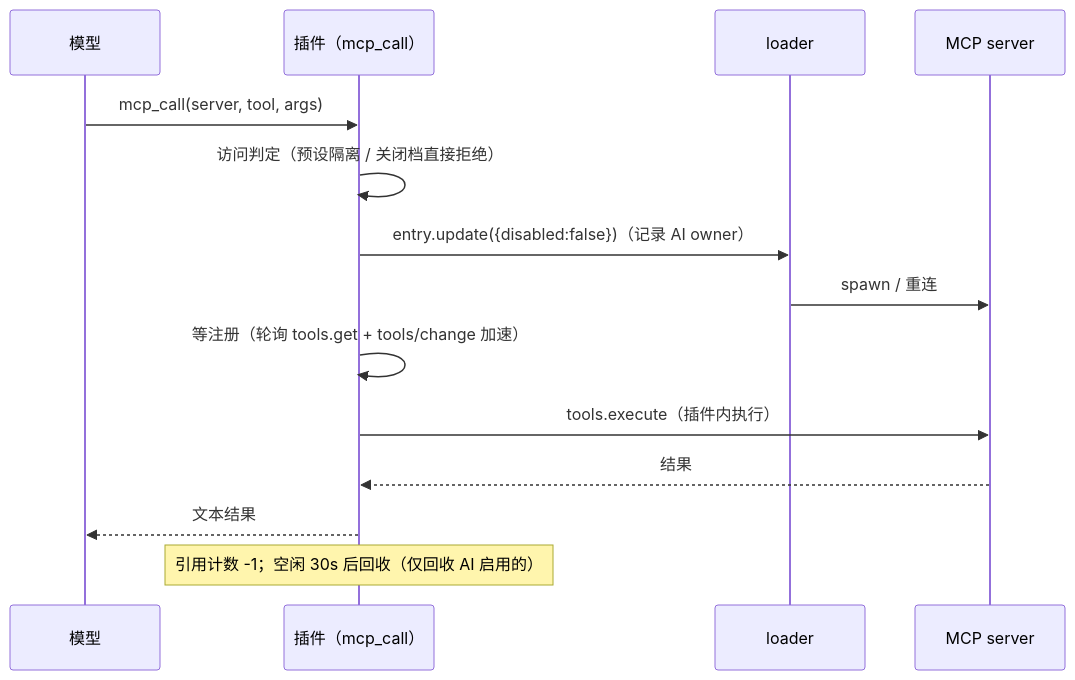
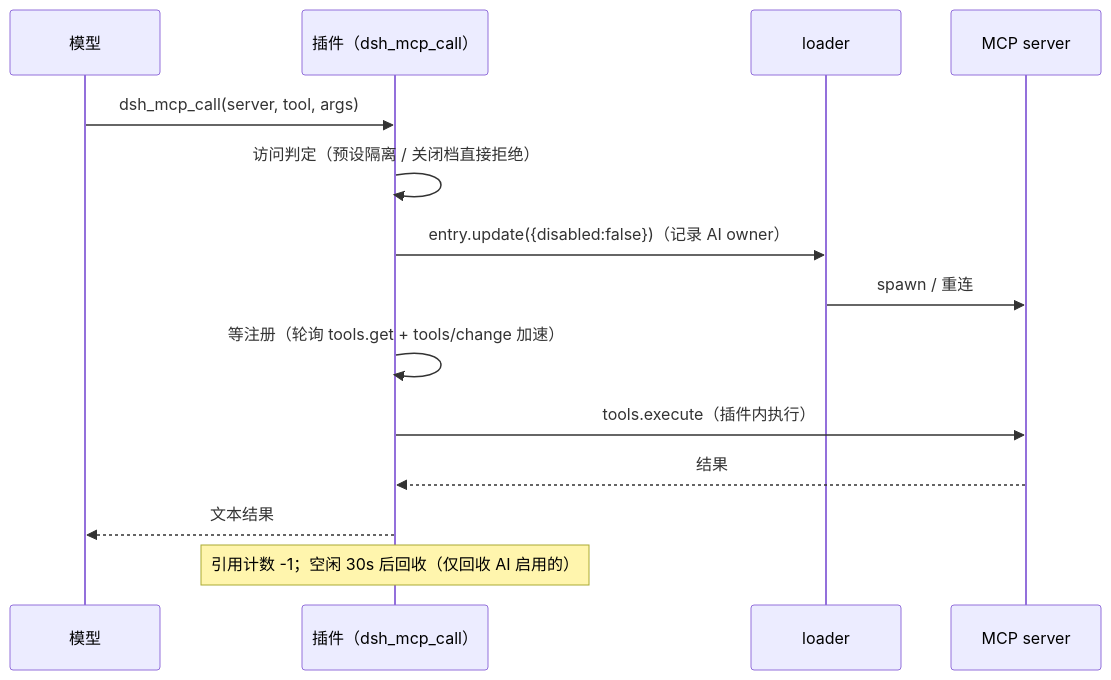
The diagram in README.md (FlyDut/dsh-mcp-router), drawn with Mermaid before and after one commit. The commit also changed other lines of this file and 4 other files, not shown here.

````diff
--- a/README.md
+++ b/README.md
@@ -170,17 +173,17 @@
 ```mermaid
 sequenceDiagram
     participant M as 模型
-    participant P as 插件（mcp_call）
+    participant P as 插件（dsh_mcp_call）
     participant L as loader
     participant S as MCP server
 
-    M->>P: mcp_call(server, tool, args)
+    M->>P: dsh_mcp_call(server, tool, args)
     P->>P: 访问判定（预设隔离 / 关闭档直接拒绝）
     P->>L: entry.update({disabled:false})（记录 AI owner）
     L->>S: spawn / 重连
     P->>P: 等注册（轮询 tools.get + tools/change 加速）
     P->>S: tools.execute（插件内执行）
     S-->>P: 结果
     P-->>M: 文本结果
     Note over P: 引用计数 -1；空闲 30s 后回收（仅回收 AI 启用的）
 ```
````
